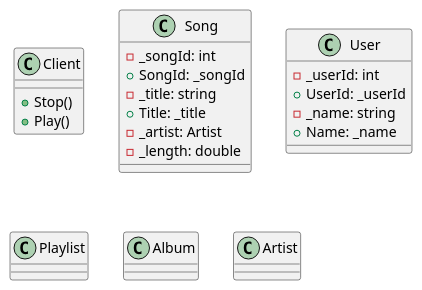
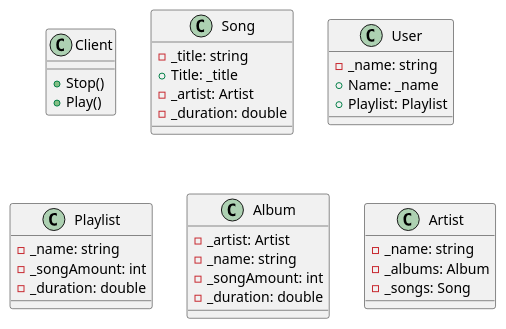
The diagram in class-diagram.puml (A-A-Tel/media-player), drawn with PlantUML before and after one commit.

Commit message:
Diagram object tabelen ingevuld

```diff
--- a/class-diagram.puml
+++ b/class-diagram.puml
@@ -1,36 +1,40 @@
 @startuml
 
 class Client {
     + Stop()
     + Play()
 }
 
 class Song {
-    - _songId: int
-    + SongId: _songId
     - _title: string
     + Title: _title
     - _artist: Artist
-    - _length: double
+    - _duration: double
 }
 
 class User {
-    - _userId: int
-    + UserId: _userId
     - _name: string
     + Name: _name
+    + Playlist: Playlist
 }
 
 class Playlist {
-    
+    - _name: string
+    - _songAmount: int
+    - _duration: double
 }
 
 class Album {
-    
+    - _artist: Artist
+    - _name: string
+    - _songAmount: int
+    - _duration: double
 } 
 
 class Artist {
-    
+    - _name: string
+    - _albums: Album
+    - _songs: Song
 }
 
 @enduml
```
